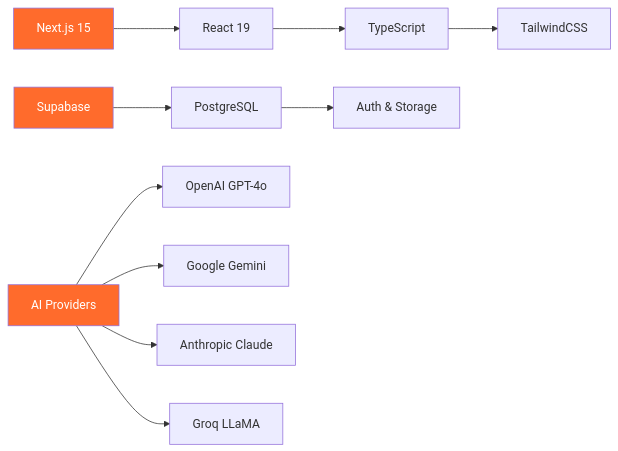
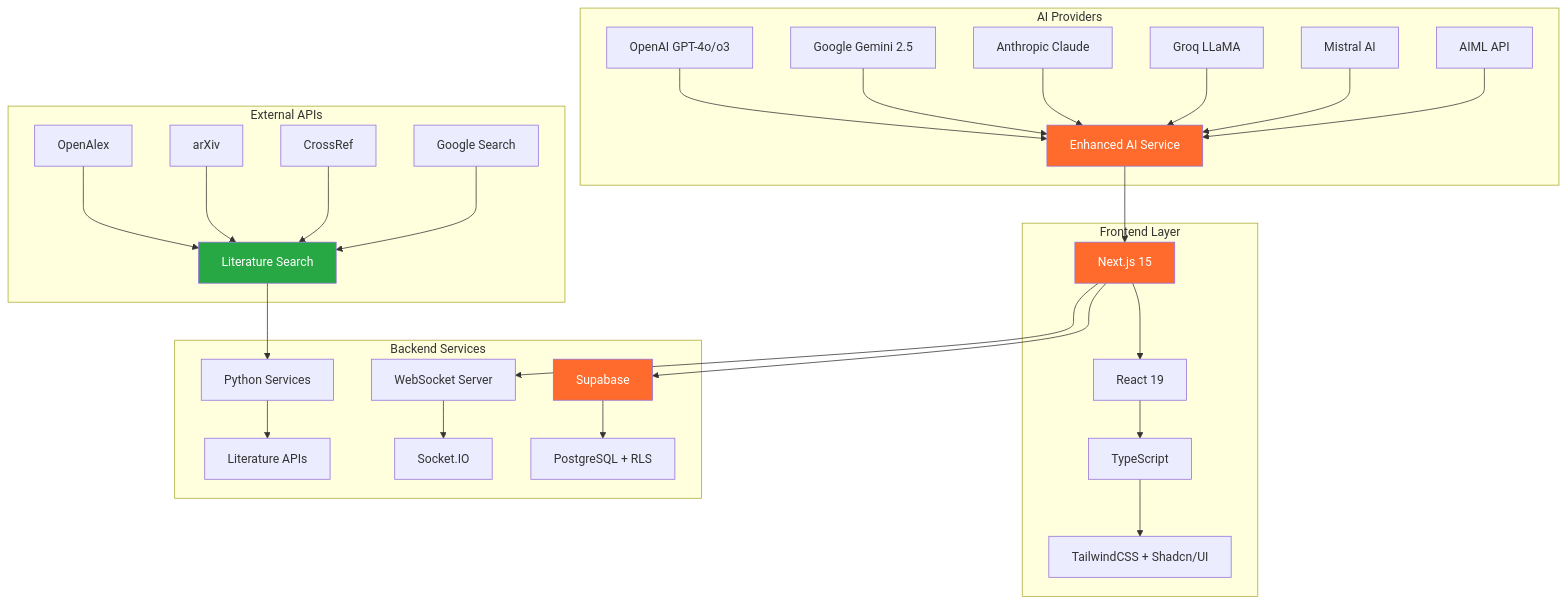
One commit to Kedhareswer/thesisflow-ai changed the first of 8 diagrams in README.md. Above: the diagram before and after it, drawn with Mermaid. The commit also changed other lines of this file, not shown here.

````diff
--- a/README.md
+++ b/README.md
@@ -20,18 +20,40 @@
 ```mermaid
-graph LR
-    A[Next.js 15] --> B[React 19]
-    B --> C[TypeScript]
-    C --> D[TailwindCSS]
+graph TB
+    subgraph "Frontend Layer"
+        A[Next.js 15] --> B[React 19]
+        B --> C[TypeScript]
+        C --> D[TailwindCSS + Shadcn/UI]
+    end
     
-    E[Supabase] --> F[PostgreSQL]
-    F --> G[Auth & Storage]
+    subgraph "Backend Services"
+        E[Supabase] --> F[PostgreSQL + RLS]
+        G[WebSocket Server] --> H[Socket.IO]
+        I[Python Services] --> J[Literature APIs]
+    end
     
-    H[AI Providers] --> I[OpenAI GPT-4o]
-    H --> J[Google Gemini]
-    H --> K[Anthropic Claude]
-    H --> L[Groq LLaMA]
+    subgraph "AI Providers"
+        K[OpenAI GPT-4o/o3] --> L[Enhanced AI Service]
+        M[Google Gemini 2.5] --> L
+        N[Anthropic Claude] --> L
+        O[Groq LLaMA] --> L
+        P[Mistral AI] --> L
+        Q[AIML API] --> L
+    end
+    
+    subgraph "External APIs"
+        R[OpenAlex] --> S[Literature Search]
+        T[arXiv] --> S
+        U[CrossRef] --> S
+        V[Google Search] --> S
+    end
+    
+    A --> E
+    A --> G
+    L --> A
+    S --> I
     
     style A fill:#FF6B2C,color:#fff
     style E fill:#FF6B2C,color:#fff
-    style H fill:#FF6B2C,color:#fff
+    style L fill:#FF6B2C,color:#fff
+    style S fill:#28a745,color:#fff
 ```
````
